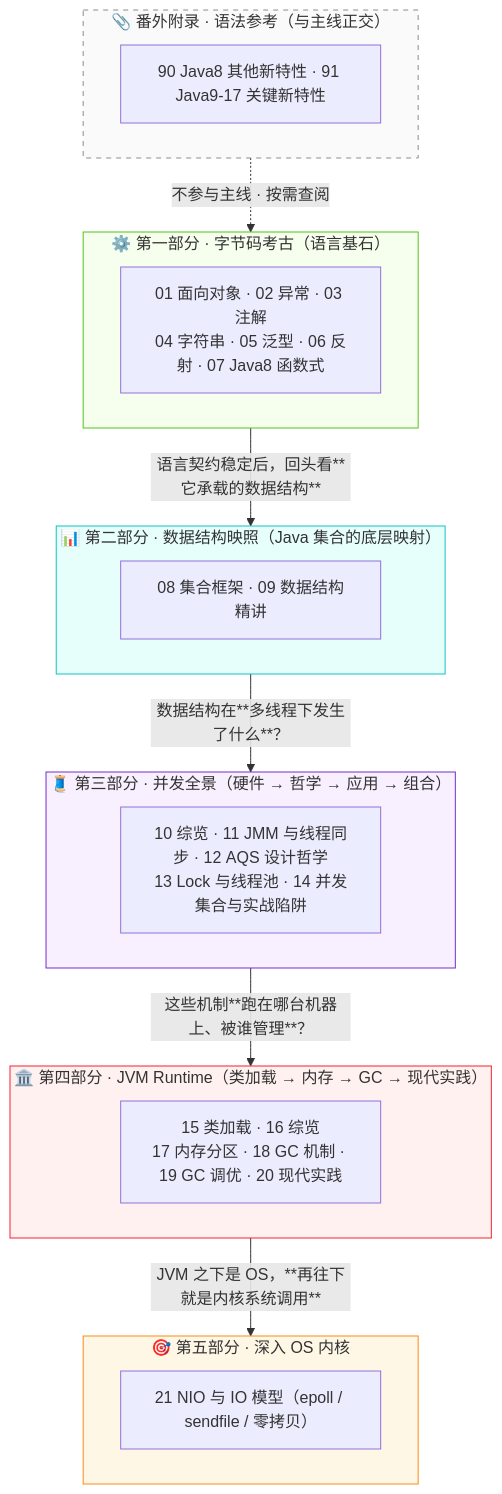
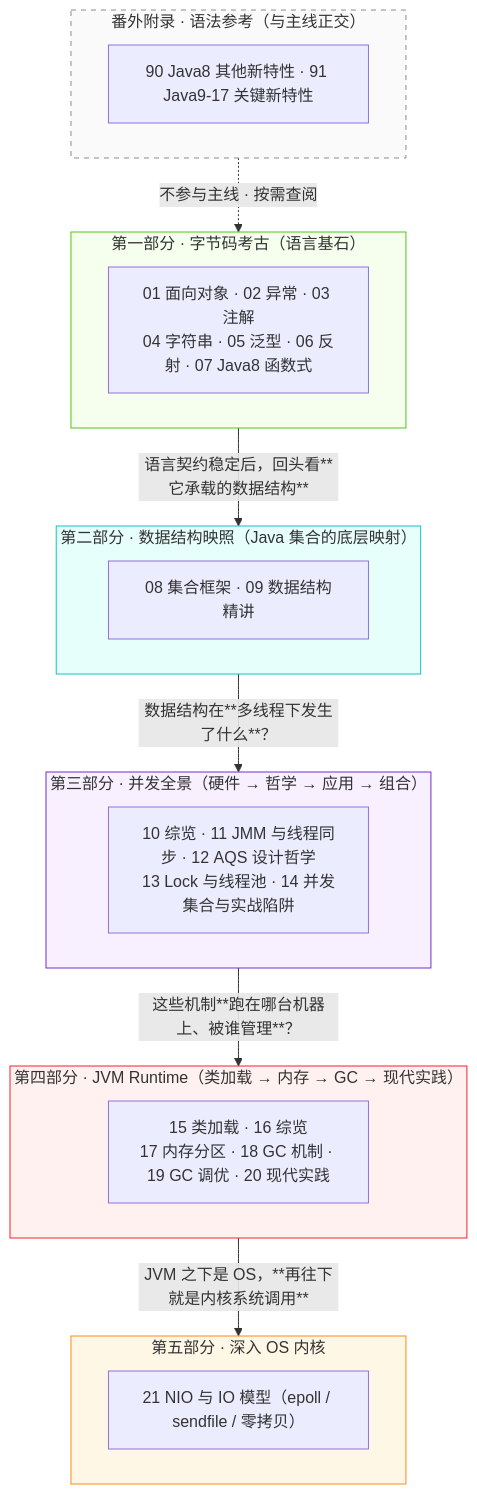
One commit to b1tzer/b1tzer.github.io changed the second of 3 diagrams in docs/01-java-basic/00-overview.md. Above: the diagram before and after it, drawn with Mermaid. The commit also changed other lines of this file and 22 other files, not shown here.

````diff
--- a/docs/01-java-basic/00-overview.md
+++ b/docs/01-java-basic/00-overview.md
@@ -52,39 +52,39 @@
 ```mermaid
 flowchart TB
-    subgraph Z1["⚙️ 第一部分 · 字节码考古（语言基石）"]
+    subgraph Z1["第一部分 · 字节码考古（语言基石）"]
         direction LR
         Z11["01 面向对象 · 02 异常 · 03 注解<br/>04 字符串 · 05 泛型 · 06 反射 · 07 Java8 函数式"]
     end
-    subgraph Z2["📊 第二部分 · 数据结构映照（Java 集合的底层映射）"]
+    subgraph Z2["第二部分 · 数据结构映照（Java 集合的底层映射）"]
         direction LR
         Z21["08 集合框架 · 09 数据结构精讲"]
     end
-    subgraph Z3["🧵 第三部分 · 并发全景（硬件 → 哲学 → 应用 → 组合）"]
+    subgraph Z3["第三部分 · 并发全景（硬件 → 哲学 → 应用 → 组合）"]
         direction LR
         Z31["10 综览 · 11 JMM 与线程同步 · 12 AQS 设计哲学<br/>13 Lock 与线程池 · 14 并发集合与实战陷阱"]
     end
-    subgraph Z4["🏛️ 第四部分 · JVM Runtime（类加载 → 内存 → GC → 现代实践）"]
+    subgraph Z4["第四部分 · JVM Runtime（类加载 → 内存 → GC → 现代实践）"]
         direction LR
         Z41["15 类加载 · 16 综览<br/>17 内存分区 · 18 GC 机制 · 19 GC 调优 · 20 现代实践"]
     end
-    subgraph Z5["🎯 第五部分 · 深入 OS 内核"]
+    subgraph Z5["第五部分 · 深入 OS 内核"]
         direction LR
         Z51["21 NIO 与 IO 模型（epoll / sendfile / 零拷贝）"]
     end
-    subgraph ZX["📎 番外附录 · 语法参考（与主线正交）"]
+    subgraph ZX["番外附录 · 语法参考（与主线正交）"]
         direction LR
         ZX1["90 Java8 其他新特性 · 91 Java9-17 关键新特性"]
     end
     Z1 -->|"语言契约稳定后，回头看**它承载的数据结构**"| Z2
     Z2 -->|"数据结构在**多线程下发生了什么**？"| Z3
     Z3 -->|"这些机制**跑在哪台机器上、被谁管理**？"| Z4
     Z4 -->|"JVM 之下是 OS，**再往下就是内核系统调用**"| Z5
     ZX -.->|"不参与主线 · 按需查阅"| Z1
 
     style Z1 fill:#f6ffed,stroke:#52c41a
     style Z2 fill:#e6fffb,stroke:#13c2c2
     style Z3 fill:#f9f0ff,stroke:#722ed1
     style Z4 fill:#fff1f0,stroke:#f5222d
     style Z5 fill:#fff7e6,stroke:#fa8c16
     style ZX fill:#fafafa,stroke:#8c8c8c,stroke-dasharray: 5 5
 ```
````
